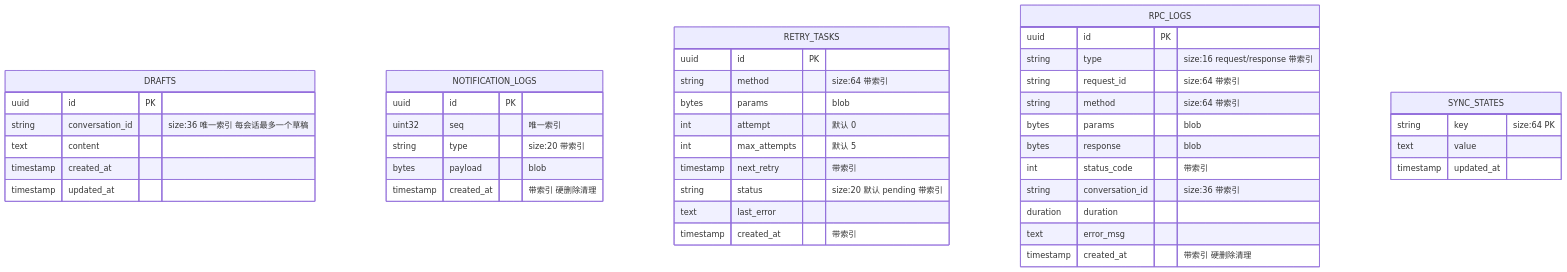
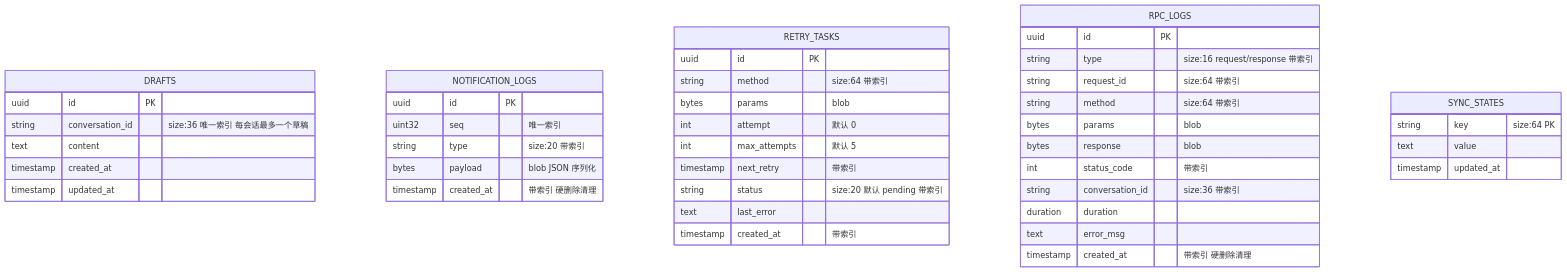
Diagram 15 of 15 in wiki/flows/storage.md (PineappleBond/xyncra-server), drawn with Mermaid before and after one commit. The commit also changed other lines of this file and 21 other files, not shown here.

````diff
--- a/wiki/flows/storage.md
+++ b/wiki/flows/storage.md
@@ -887,50 +901,50 @@
 ```mermaid
 erDiagram
     DRAFTS {
         uuid id PK
         string conversation_id "size:36 唯一索引 每会话最多一个草稿"
         text content
         timestamp created_at
         timestamp updated_at
     }
 
     NOTIFICATION_LOGS {
         uuid id PK
         uint32 seq "唯一索引"
         string type "size:20 带索引"
-        bytes payload "blob"
+        bytes payload "blob JSON 序列化"
         timestamp created_at "带索引 硬删除清理"
     }
 
     RETRY_TASKS {
         uuid id PK
         string method "size:64 带索引"
         bytes params "blob"
         int attempt "默认 0"
         int max_attempts "默认 5"
         timestamp next_retry "带索引"
         string status "size:20 默认 pending 带索引"
         text last_error
         timestamp created_at "带索引"
     }
 
     RPC_LOGS {
         uuid id PK
         string type "size:16 request/response 带索引"
         string request_id "size:64 带索引"
         string method "size:64 带索引"
         bytes params "blob"
         bytes response "blob"
         int status_code "带索引"
         string conversation_id "size:36 带索引"
         duration duration
         text error_msg
         timestamp created_at "带索引 硬删除清理"
     }
 
     SYNC_STATES {
         string key "size:64 PK"
         text value
         timestamp updated_at
     }
 ```
````
